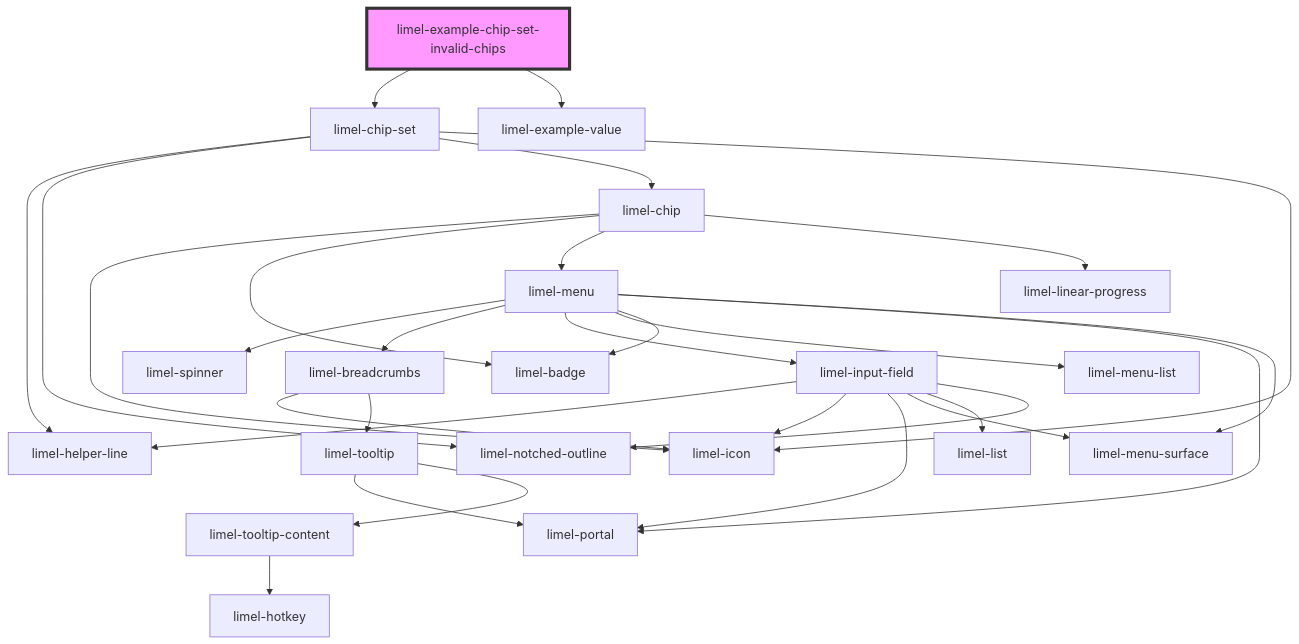
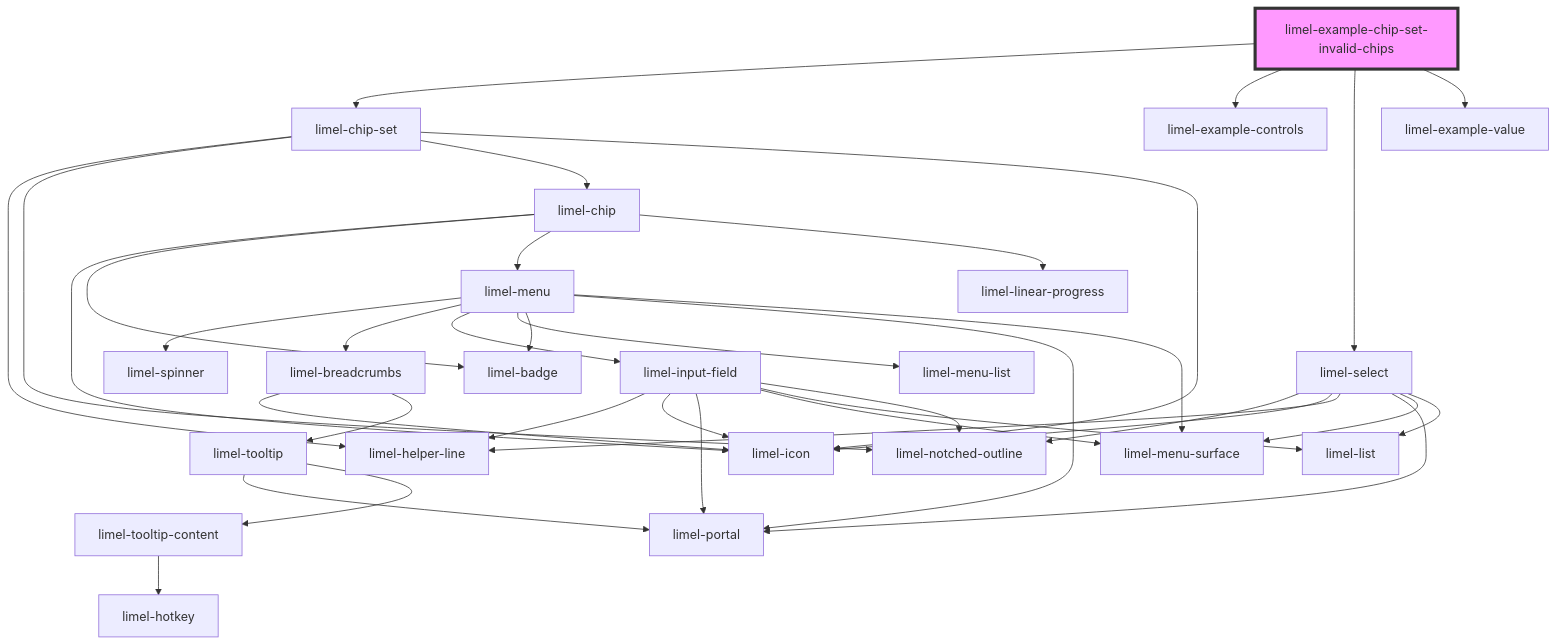
Before and after one commit to Lundalogik/lime-elements: the diagram in versions/PR-4027/markdown-docs/components/chip-set/examples/readme.md, drawn with Mermaid. The commit also changed other lines of this file and 414 other files, not shown here.

````diff
--- a/versions/PR-4027/markdown-docs/components/chip-set/examples/readme.md
+++ b/versions/PR-4027/markdown-docs/components/chip-set/examples/readme.md
@@ -28,32 +30,40 @@
 ```mermaid
 graph TD;
   limel-example-chip-set-invalid-chips --> limel-chip-set
+  limel-example-chip-set-invalid-chips --> limel-example-controls
+  limel-example-chip-set-invalid-chips --> limel-select
   limel-example-chip-set-invalid-chips --> limel-example-value
   limel-chip-set --> limel-helper-line
   limel-chip-set --> limel-notched-outline
   limel-chip-set --> limel-chip
   limel-chip-set --> limel-icon
   limel-chip --> limel-icon
   limel-chip --> limel-badge
   limel-chip --> limel-menu
   limel-chip --> limel-linear-progress
   limel-menu --> limel-spinner
   limel-menu --> limel-breadcrumbs
   limel-menu --> limel-input-field
   limel-menu --> limel-menu-list
   limel-menu --> limel-badge
   limel-menu --> limel-portal
   limel-menu --> limel-menu-surface
   limel-breadcrumbs --> limel-icon
   limel-breadcrumbs --> limel-tooltip
   limel-tooltip --> limel-portal
   limel-tooltip --> limel-tooltip-content
   limel-tooltip-content --> limel-hotkey
   limel-input-field --> limel-helper-line
   limel-input-field --> limel-icon
   limel-input-field --> limel-portal
   limel-input-field --> limel-menu-surface
   limel-input-field --> limel-list
   limel-input-field --> limel-notched-outline
+  limel-select --> limel-notched-outline
+  limel-select --> limel-icon
+  limel-select --> limel-helper-line
+  limel-select --> limel-portal
+  limel-select --> limel-menu-surface
+  limel-select --> limel-list
   style limel-example-chip-set-invalid-chips fill:#f9f,stroke:#333,stroke-width:4px
 ```
````
